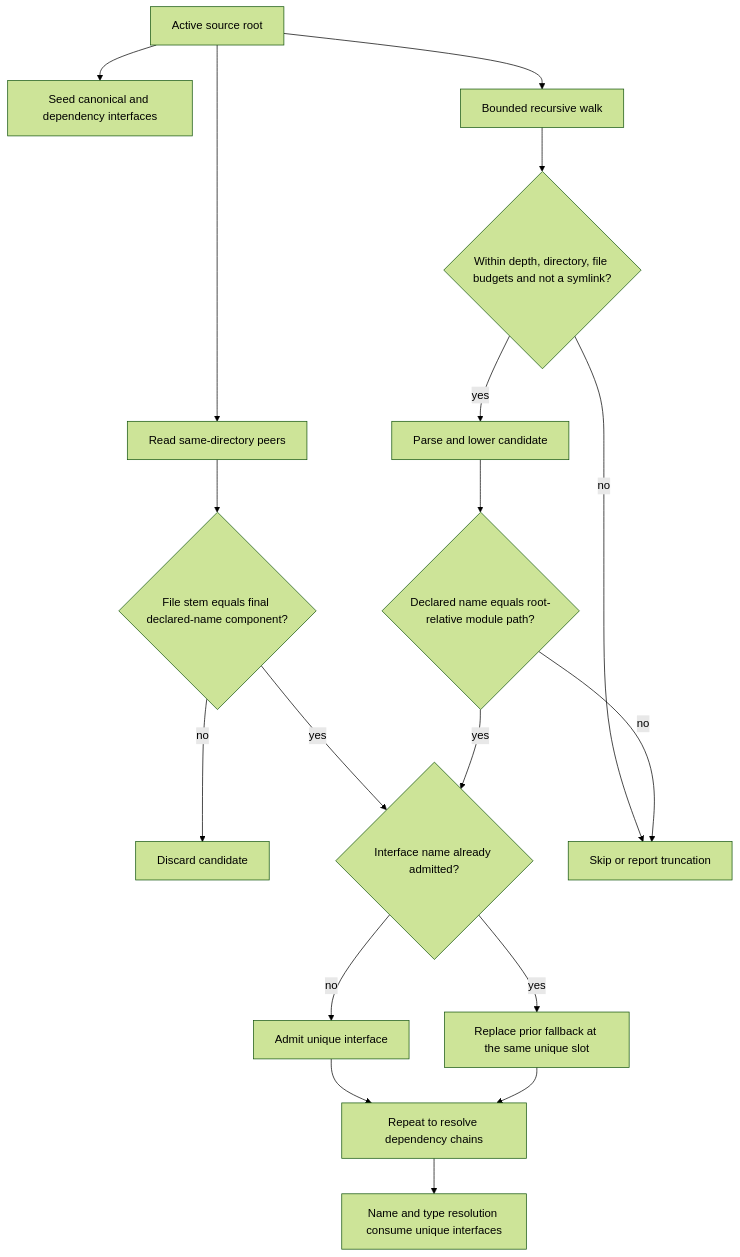
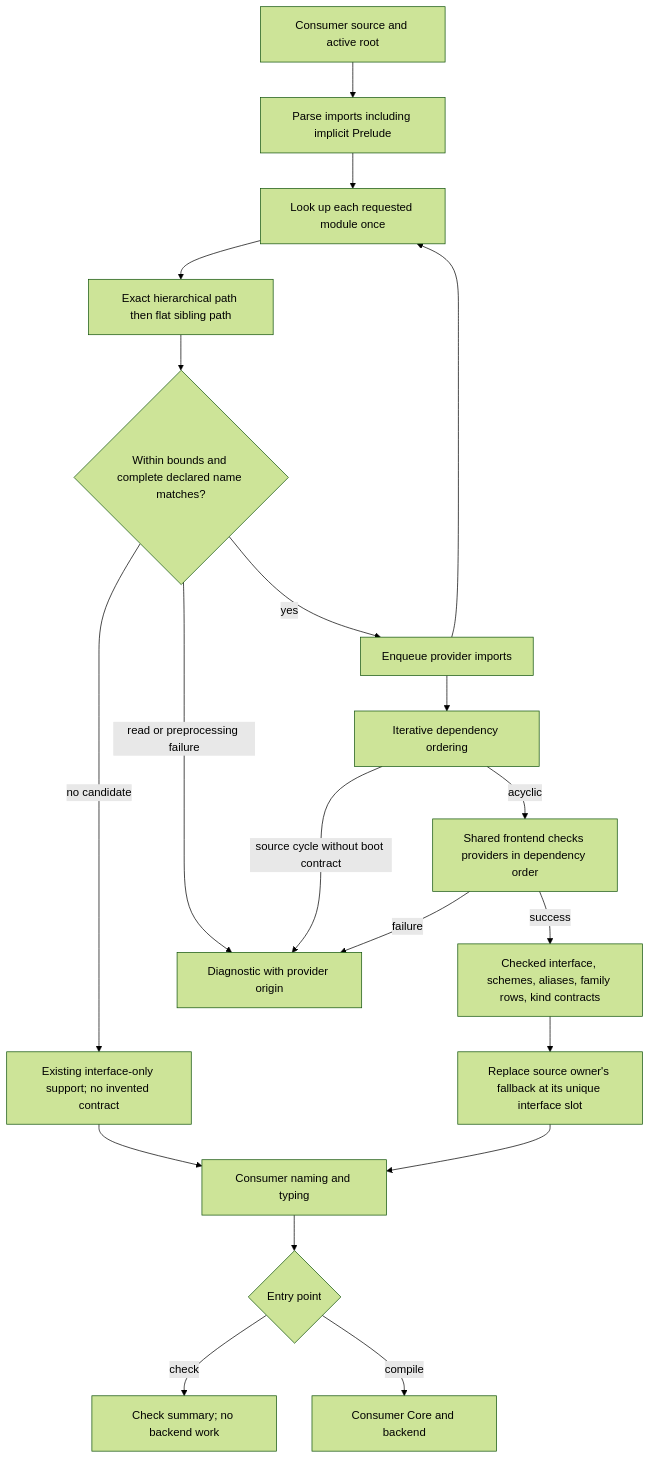
Before and after one commit to loveJesus/haskelujah-chirho: the diagram in spec-chirho/workflows-chirho/compiler-pipeline-chirho/module-search-authority-chirho.md, drawn with Mermaid (forest theme). The commit also changed other lines of this file and 14 other files, not shown here.

First line of the commit message:
compat: check reachable source providers before importing contracts Chirho

````diff
--- a/spec-chirho/workflows-chirho/compiler-pipeline-chirho/module-search-authority-chirho.md
+++ b/spec-chirho/workflows-chirho/compiler-pipeline-chirho/module-search-authority-chirho.md
@@ -6,23 +6,22 @@
 ```mermaid
 flowchart TD
-    root_chirho[Active source root] --> seed_chirho[Seed canonical and dependency interfaces]
-    root_chirho --> sibling_chirho[Read same-directory peers]
-    root_chirho --> recursive_chirho[Bounded recursive walk]
-
-    sibling_chirho --> sibling_match_chirho{File stem equals final declared-name component?}
-    sibling_match_chirho -- no --> discard_sibling_chirho[Discard candidate]
-    sibling_match_chirho -- yes --> unique_chirho{Interface name already admitted?}
-
-    recursive_chirho --> bounds_chirho{Within depth, directory, file budgets and not a symlink?}
-    bounds_chirho -- no --> discard_recursive_chirho[Skip or report truncation]
-    bounds_chirho -- yes --> parse_chirho[Parse and lower candidate]
-    parse_chirho --> path_match_chirho{Declared name equals root-relative module path?}
-    path_match_chirho -- no --> discard_recursive_chirho
-    path_match_chirho -- yes --> unique_chirho
-
-    unique_chirho -- yes --> replace_seed_chirho[Replace prior fallback at the same unique slot]
-    unique_chirho -- no --> admit_chirho[Admit unique interface]
-    admit_chirho --> fixed_point_chirho[Repeat to resolve dependency chains]
-    replace_seed_chirho --> fixed_point_chirho
-    fixed_point_chirho --> frontend_chirho[Name and type resolution consume unique interfaces]
+    source_chirho[Consumer source and active root] --> imports_chirho[Parse imports including implicit Prelude]
+    imports_chirho --> lookup_chirho[Look up each requested module once]
+    lookup_chirho --> rank_chirho[Exact hierarchical path then flat sibling path]
+    rank_chirho --> admissible_chirho{Within bounds and complete declared name matches?}
+    admissible_chirho -- no candidate --> interface_chirho[Existing interface-only support; no invented contract]
+    admissible_chirho -- read or preprocessing failure --> fail_chirho[Diagnostic with provider origin]
+    admissible_chirho -- yes --> closure_chirho[Enqueue provider imports]
+    closure_chirho --> lookup_chirho
+    closure_chirho --> order_chirho[Iterative dependency ordering]
+    order_chirho -- source cycle without boot contract --> fail_chirho
+    order_chirho -- acyclic --> check_chirho[Shared frontend checks providers in dependency order]
+    check_chirho -- failure --> fail_chirho
+    check_chirho -- success --> companion_chirho[Checked interface, schemes, aliases, family rows, kind contracts]
+    companion_chirho --> unique_chirho[Replace source owner's fallback at its unique interface slot]
+    unique_chirho --> frontend_chirho[Consumer naming and typing]
+    interface_chirho --> frontend_chirho
+    frontend_chirho --> mode_chirho{Entry point}
+    mode_chirho -- check --> summary_chirho[Check summary; no backend work]
+    mode_chirho -- compile --> backend_chirho[Consumer Core and backend]
 ```
````
